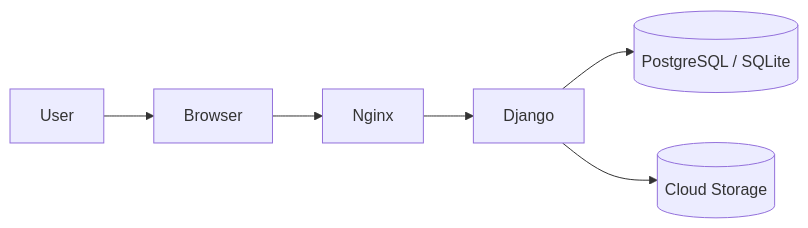
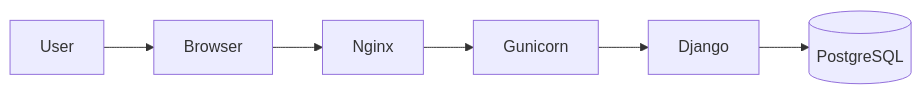
Before and after one commit to KoheiEto/recipe_post: the diagram in README.md, drawn with Mermaid. The commit also changed other lines of this file, not shown here.

````diff
--- a/README.md
+++ b/README.md
@@ -28,8 +32,8 @@
 ```mermaid
 flowchart LR
     User --> Browser
     Browser --> Nginx
-    Nginx --> Django
-    Django --> DB[(PostgreSQL / SQLite)]
-    Django --> Storage[(Cloud Storage)]
+    Nginx --> Gunicorn
+    Gunicorn --> Django
+    Django --> DB[(PostgreSQL)]
 ```
````
